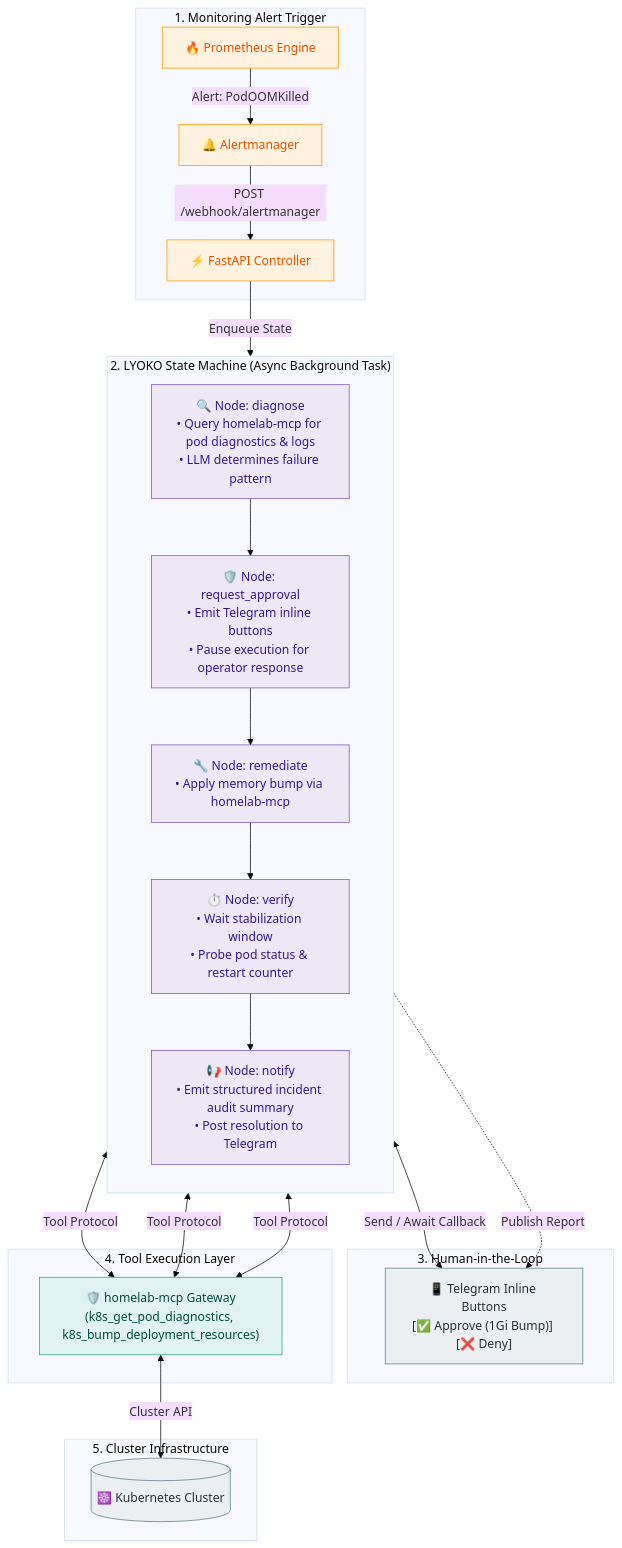
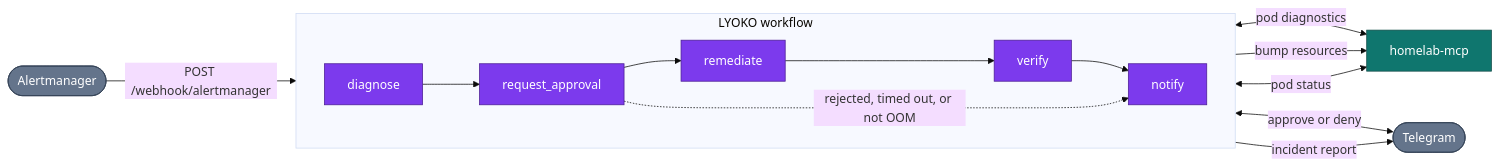
The diagram in packages/agents/lyoko/README.md (csp33/homelab-ai-ops), drawn with Mermaid (base theme) before and after one commit. The commit also changed other lines of this file and 2 other files, not shown here.

Commit message:
docs: redesign README diagrams and align them with the code

````diff
--- a/packages/agents/lyoko/README.md
+++ b/packages/agents/lyoko/README.md
@@ -79,46 +19,25 @@
 ```mermaid
-flowchart TD
-    subgraph Trigger ["1. Monitoring Alert Trigger"]
-        PROM["🔥 Prometheus Engine"] -->|Alert: PodOOMKilled| AM["🔔 Alertmanager"]
-        AM -->|POST /webhook/alertmanager| EP["⚡ FastAPI Controller"]
+flowchart LR
+    AM([Alertmanager]) -->|POST /webhook/alertmanager| D
+
+    subgraph WF["LYOKO workflow"]
+        direction LR
+        D[diagnose] --> A[request_approval] --> R[remediate] --> V[verify] --> N[notify]
     end
 
-    subgraph LangGraph_Agent ["2. LYOKO State Machine (Async Background Task)"]
-        direction TB
-        N1["🔍 Node: diagnose<br/>• Query homelab-mcp for pod diagnostics & logs<br/>• LLM determines failure pattern"]
-        N2["🛡️ Node: request_approval<br/>• Emit Telegram inline buttons<br/>• Pause execution for operator response"]
-        N3["🔧 Node: remediate<br/>• Apply memory bump via homelab-mcp"]
-        N4["⏱️ Node: verify<br/>• Wait stabilization window<br/>• Probe pod status & restart counter"]
-        N5["📢 Node: notify<br/>• Emit structured incident audit summary<br/>• Post resolution to Telegram"]
+    D <-->|pod diagnostics| MCP[homelab-mcp]
+    R -->|bump resources| MCP
+    V <-->|pod status| MCP
+    A <-->|approve or deny| TG([Telegram])
+    N -->|incident report| TG
 
-        N1 --> N2 --> N3 --> N4 --> N5
-    end
+    A -.->|rejected, timed out, or not OOM| N
 
-    subgraph Operator ["3. Human-in-the-Loop"]
-        TG_UI["📱 Telegram Inline Buttons<br/>[✅ Approve (1Gi Bump)] [❌ Deny]"]
-    end
+    classDef external fill:#64748b,stroke:#334155,color:#fff;
+    classDef step fill:#7c3aed,stroke:#4c1d95,color:#fff;
+    classDef gateway fill:#0f766e,stroke:#134e4a,color:#fff;
 
-    subgraph Tool_Gateway ["4. Tool Execution Layer"]
-        MCP["🛡️ homelab-mcp Gateway<br/>(k8s_get_pod_diagnostics, k8s_bump_deployment_resources)"]
-    end
-
-    subgraph Cluster ["5. Cluster Infrastructure"]
-        K8S[("☸️ Kubernetes Cluster")]
-    end
-
-    EP -->|Enqueue State| N1
-    N2 <-->|Send / Await Callback| TG_UI
-    N1 & N3 & N4 <-->|Tool Protocol| MCP
-    MCP <-->|Cluster API| K8S
-    N5 -.->|Publish Report| TG_UI
-
-    classDef trigger fill:#fff3e0,stroke:#ff9800,stroke-width:1px,color:#e65100;
-    classDef agent fill:#ede7f6,stroke:#7e57c2,stroke-width:1px,color:#311b92;
-    classDef gateway fill:#e0f2f1,stroke:#26a69a,stroke-width:1px,color:#004d40;
-    classDef target fill:#eceff1,stroke:#607d8b,stroke-width:1px,color:#263238;
-
-    class PROM,AM,EP trigger;
-    class N1,N2,N3,N4,N5 agent;
+    class AM,TG external;
+    class D,A,R,V,N step;
     class MCP gateway;
-    class K8S,TG_UI target;
 ```
````
